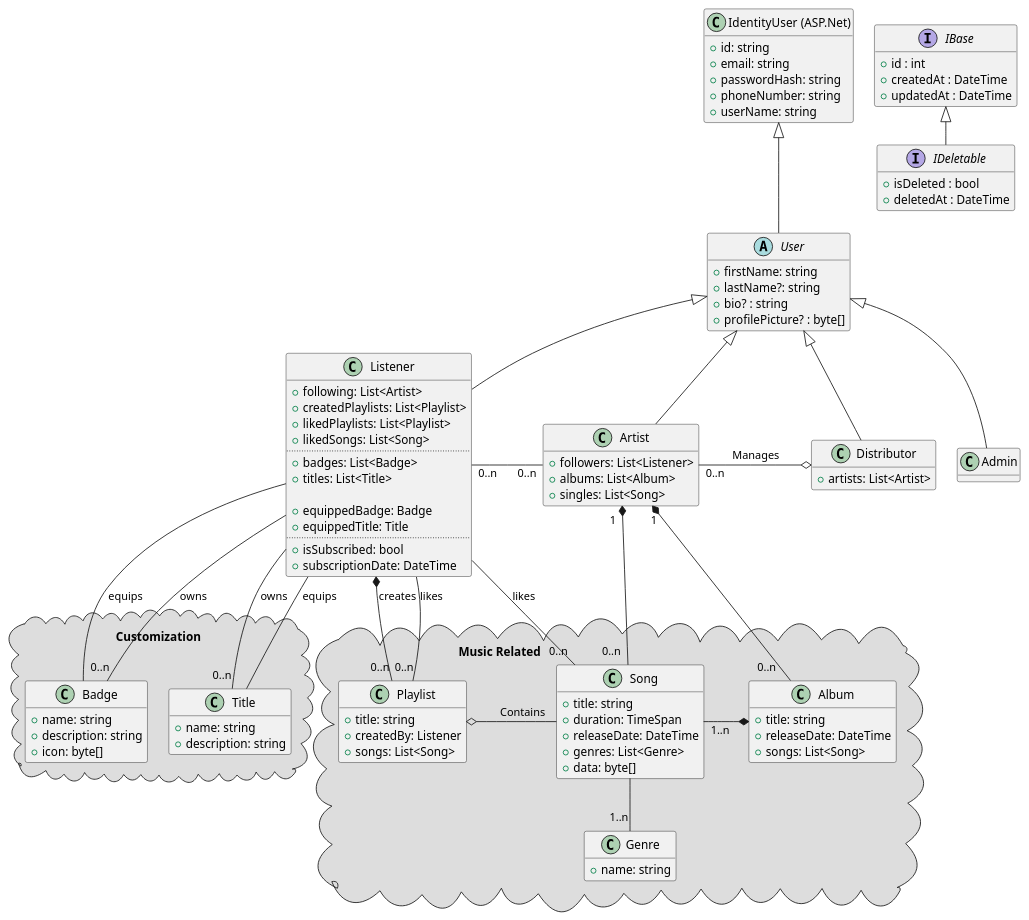
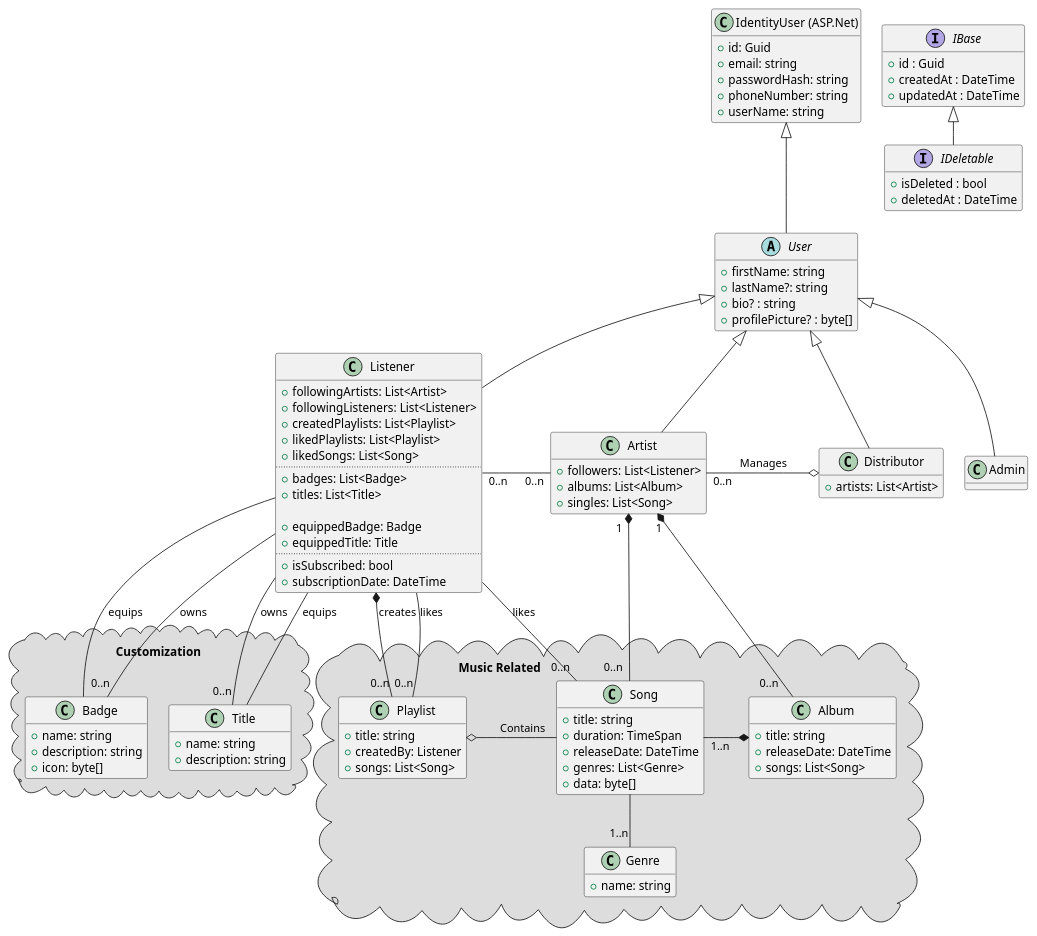
Before and after one commit to KipoDipo/AmdarisInternshipProject: the diagram in 00. HiFive/HiFive/HiFive.Domain/class-diagram.puml, drawn with PlantUML. The commit also changed 14 other files, not shown here.

```diff
--- a/00. HiFive/HiFive/HiFive.Domain/class-diagram.puml
+++ b/00. HiFive/HiFive/HiFive.Domain/class-diagram.puml
@@ -1,160 +1,161 @@
 @startuml Class Diagram
 ' top to bottom direction
 ' left to right direction
 
 hide methods
 skinparam nodesep 25
 skinparam ranksep 25
 ' skinparam linetype ortho
 
 
 class "IdentityUser (ASP.Net)" as IdentityUser
 {
-    +id: string
+    +id: Guid
     +email: string
     +passwordHash: string
     +phoneNumber: string
     +userName: string
 }
 
 interface IBase
 {
-    +id : int
+    +id : Guid
     +createdAt : DateTime
     +updatedAt : DateTime
 }
 
 interface IDeletable
 {
     +isDeleted : bool
     +deletedAt : DateTime
 }
 
 abstract User
 {
     +firstName: string
     +lastName?: string
     +bio? : string
     +profilePicture? : byte[]
 }
 
 class Admin
 {
 }
 
 class Listener
 {
-    +following: List<Artist>
+    +followingArtists: List<Artist>
+    +followingListeners: List<Listener>
     +createdPlaylists: List<Playlist>
     +likedPlaylists: List<Playlist>
     +likedSongs: List<Song>
     ..
     +badges: List<Badge>
     +titles: List<Title>
 
     +equippedBadge: Badge
     +equippedTitle: Title
     ..
     +isSubscribed: bool
     +subscriptionDate: DateTime
 }
 
 class Distributor
 {
     +artists: List<Artist>
 }
 
 class Artist
 {
     +followers: List<Listener>
     +albums: List<Album>
     +singles: List<Song>
 }
 
 package "Music Related\t\t\t\t\t\t\t\t\t\t" <<cloud>> #DDDDDD 
 {
 
     class Album
     {
         +title: string
         +releaseDate: DateTime
         +songs: List<Song>
     }
 
     class Song
     {
         +title: string
         +duration: TimeSpan
         +releaseDate: DateTime
         +genres: List<Genre>
         +data: byte[]
     }
 
     class Playlist
     {
         +title: string
         +createdBy: Listener
         +songs: List<Song>
     }
 
     class Genre
     {
         +name: string
     }
 }
 
 package "Customization\n\n" <<cloud>> #DDDDDD 
 {
     class Badge
     {
         +name: string
         +description: string
         +icon: byte[]
     }
 
     class Title
     {
         +name: string
         +description: string
     }
 }
 
 IBase <|-- IDeletable
 
 IdentityUser <|--- User
 
 User <|-- Admin
 User <|-- Listener
 User <|-- Artist
 User <|-- Distributor
 
 
 Artist "0..n" --l "0..n" Listener : "\t\t"
 Artist "1  " *-- "0..n  " Song
 Artist "1" *-- "0..n   " Album
 
 Distributor o--l "0..n" Artist : "\tManages\t"
 
 Album *-l "1..n" Song : "\t"
 
 Playlist o-r Song: "\tContains\t"
 ' Playlist -left[hidden]- Title
 ' Title -left[hidden]- Badge
 
 Listener *--d "0..n" Playlist : "creates"
 Listener -- "0..n" Playlist : "likes"
 Listener -- "0..n" Song : "likes"
 
 Listener -- Badge : "equips"
 Listener -- "0..n" Badge : "owns"
 Listener -- Title : "equips\t\t"
 Listener -- "0..n" Title : "owns"
 
 Song -- "1..n" Genre : "\n"
 
 
 ' Song "0..n" -- "0..n" Playlist : "\t\t"
 ' Playlist "0..n" -- "0..n" Listener : "\t\t"
 
 
 @enduml
```
